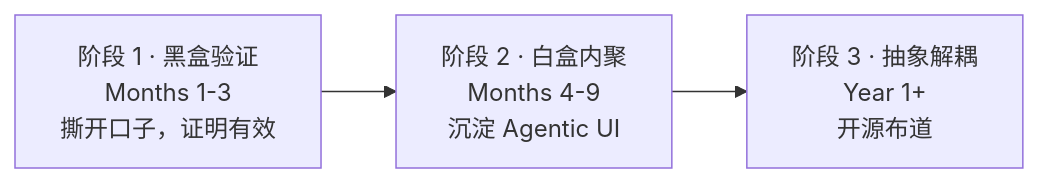
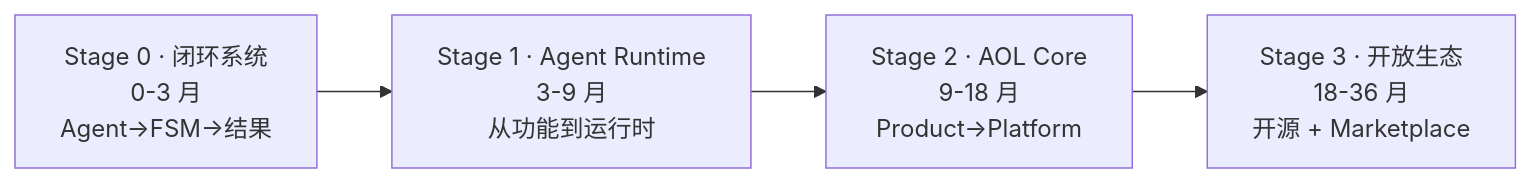
The diagram in docs/public/PUB-03-roadmap.md (franksunye/agent-loop), drawn with Mermaid before and after one commit. The commit also changed other lines of this file and 6 other files, not shown here.

````diff
--- a/docs/public/PUB-03-roadmap.md
+++ b/docs/public/PUB-03-roadmap.md
@@ -6,7 +19,8 @@
 ```mermaid
 flowchart LR
-    P1["阶段 1 · 黑盒验证<br/>Months 1-3<br/>撕开口子，证明有效"]
-    P2["阶段 2 · 白盒内聚<br/>Months 4-9<br/>沉淀 Agentic UI"]
-    P3["阶段 3 · 抽象解耦<br/>Year 1+<br/>开源布道"]
-    P1 --> P2 --> P3
+    S0["Stage 0 · 闭环系统<br/>0-3 月<br/>Agent→FSM→结果"]
+    S1["Stage 1 · Agent Runtime<br/>3-9 月<br/>从功能到运行时"]
+    S2["Stage 2 · AOL Core<br/>9-18 月<br/>Product→Platform"]
+    S3["Stage 3 · 开放生态<br/>18-36 月<br/>开源 + Marketplace"]
+    S0 --> S1 --> S2 --> S3
 ```
````
